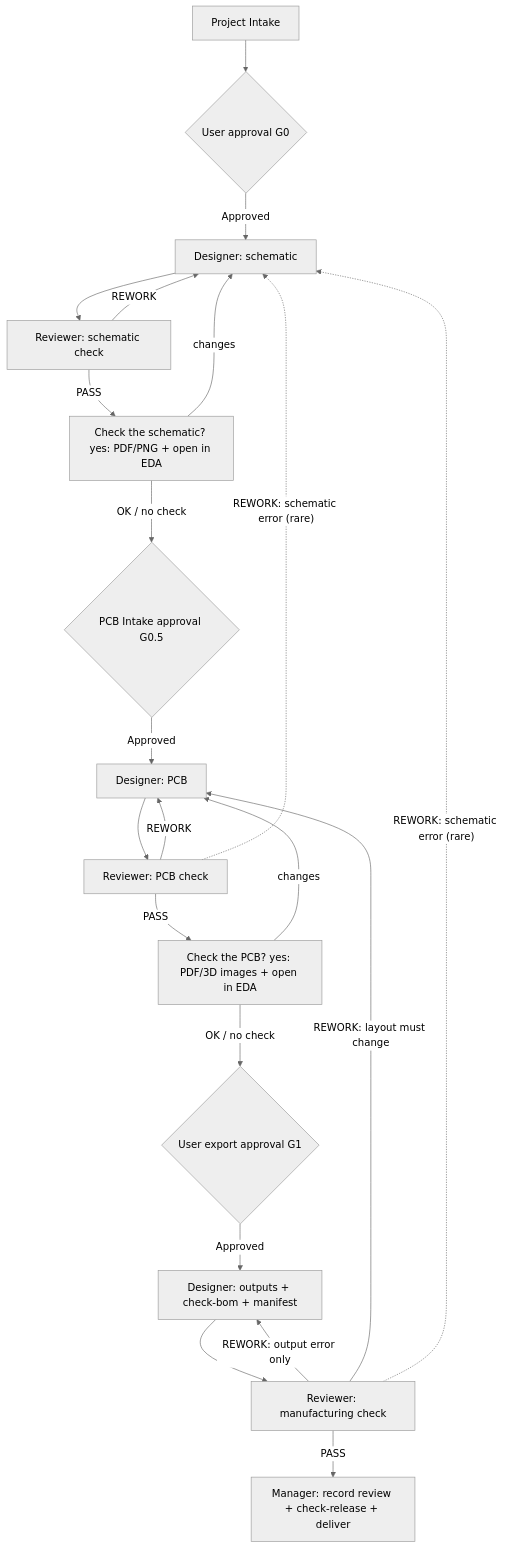
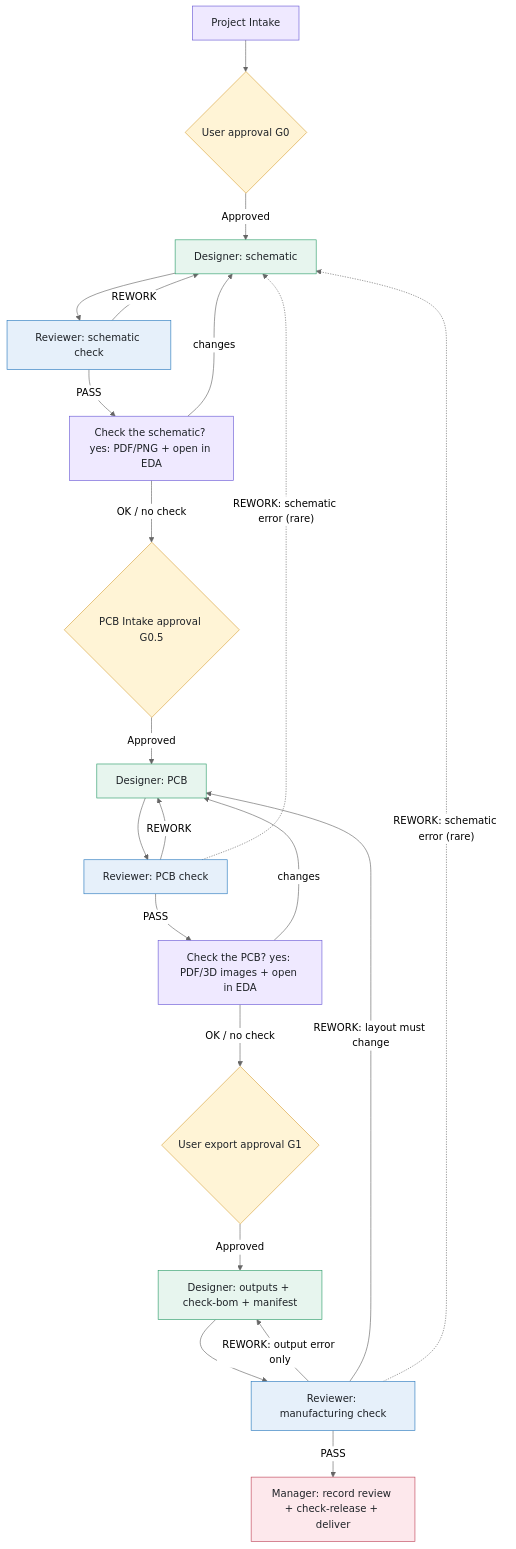
One commit to d0ukan/ai-hw-designer changed the fourth of 4 diagrams in README.md. Above: the diagram before and after it, drawn with Mermaid (neutral theme). The commit also changed other lines of this file and 8 other files, not shown here.

Commit message:
v1.27: visual READMEs (banner, workflow image, badges, at-a-glance table, team/question/sheet diagrams, review depth table, colored workflow)

````diff
--- a/README.md
+++ b/README.md
@@ -110,23 +177,33 @@
 ```mermaid
 flowchart TD
     I["Project Intake"] --> A{"User approval G0"}
     A -->|"Approved"| D["Designer: schematic"]
     D --> S["Reviewer: schematic check"]
     S -->|"REWORK"| D
     S -->|"PASS"| US["Check the schematic? yes: PDF/PNG + open in EDA"]
     US -->|"changes"| D
     US -->|"OK / no check"| B{"PCB Intake approval G0.5"}
     B -->|"Approved"| P["Designer: PCB"]
     P --> R["Reviewer: PCB check"]
     R -->|"REWORK"| P
     R -->|"PASS"| UP["Check the PCB? yes: PDF/3D images + open in EDA"]
     UP -->|"changes"| P
     UP -->|"OK / no check"| G{"User export approval G1"}
     G -->|"Approved"| E["Designer: outputs + check-bom + manifest"]
     E --> V["Reviewer: manufacturing check"]
     V -->|"REWORK: output error only"| E
     V -->|"REWORK: layout must change"| P
     R -.->|"REWORK: schematic error (rare)"| D
     V -.->|"REWORK: schematic error (rare)"| D
     V -->|"PASS"| H["Manager: record review + check-release + deliver"]
+    classDef gate fill:#fff4d6,stroke:#d9a441,color:#1f2328
+    classDef des fill:#e7f5ee,stroke:#2f9e6b,color:#1f2328
+    classDef rev fill:#e6f0fa,stroke:#2b7bbf,color:#1f2328
+    classDef user fill:#efe9ff,stroke:#6b5bd6,color:#1f2328
+    classDef done fill:#fde8ec,stroke:#c0455a,color:#1f2328
+    class A,B,G gate
+    class D,P,E des
+    class S,R,V rev
+    class I,US,UP user
+    class H done
 ```
````
